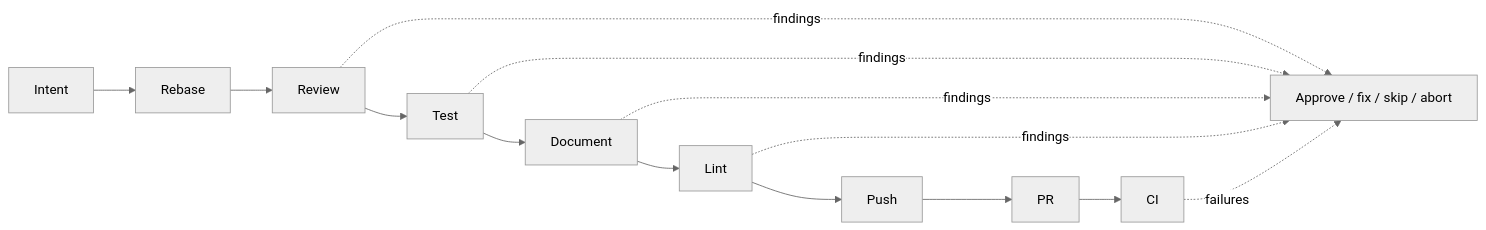
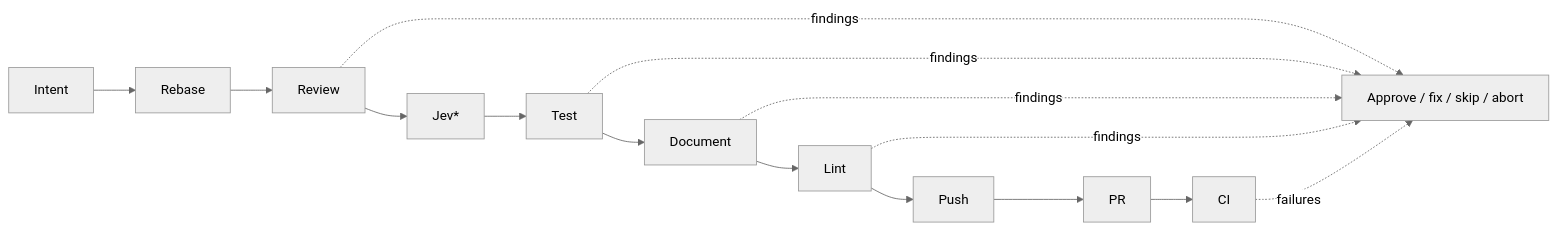
The diagram in docs/src/content/docs/concepts/pipeline.md (bastotec/no-mistakes), drawn with Mermaid (neutral theme) before and after one commit. The commit also changed other lines of this file and 37 other files, not shown here.

First line of the commit message:
feat(pipeline): add advisory Jev evaluation step after review (#5)

````diff
--- a/docs/src/content/docs/concepts/pipeline.md
+++ b/docs/src/content/docs/concepts/pipeline.md
@@ -12,9 +14,9 @@
 ```mermaid
 flowchart LR
-  intent["Intent"] --> rebase["Rebase"] --> review["Review"] --> test["Test"] --> document["Document"] --> lint["Lint"] --> push["Push"] --> pr["PR"] --> ci["CI"]
+  intent["Intent"] --> rebase["Rebase"] --> review["Review"] --> jev["Jev*"] --> test["Test"] --> document["Document"] --> lint["Lint"] --> push["Push"] --> pr["PR"] --> ci["CI"]
   review -. findings .-> action["Approve / fix / skip / abort"]
   test -. findings .-> action
   document -. findings .-> action
   lint -. findings .-> action
   ci -. failures .-> action
 ```
````
